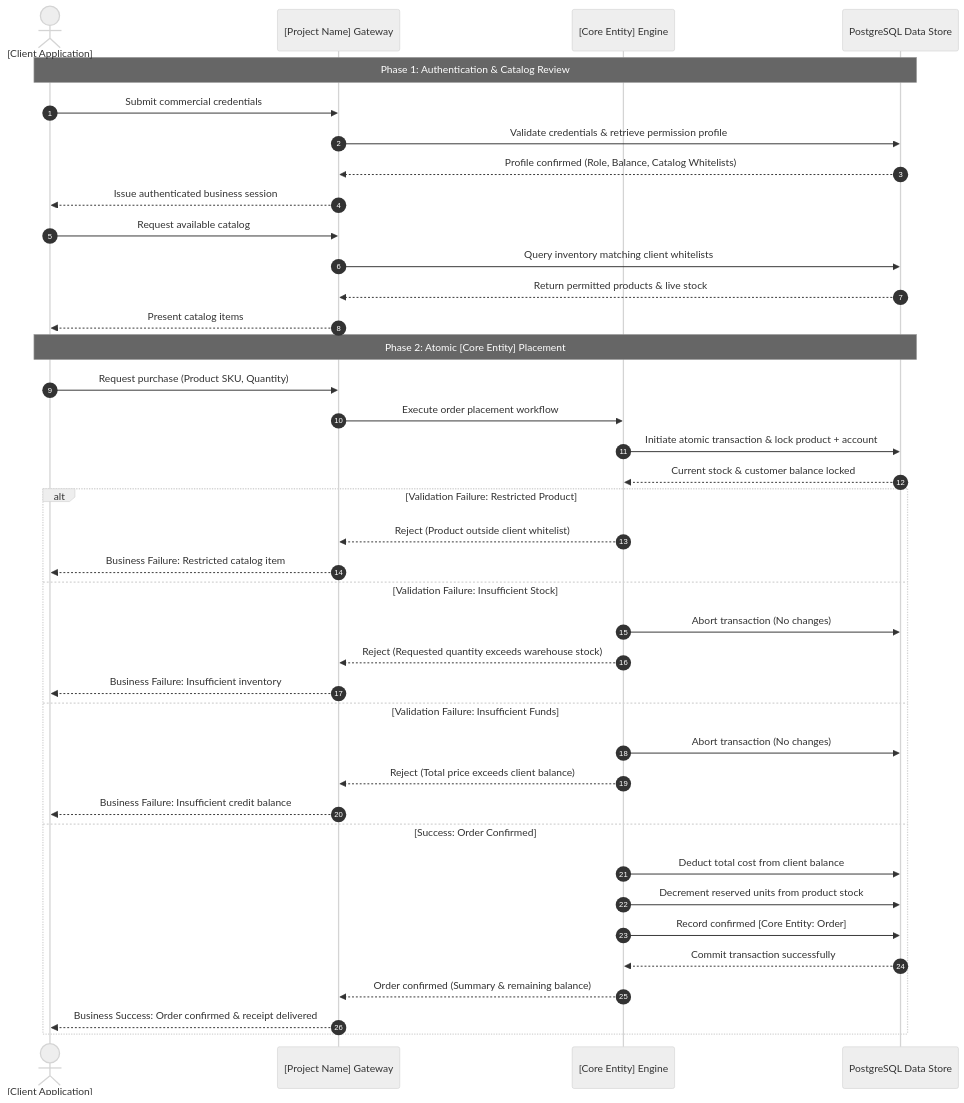
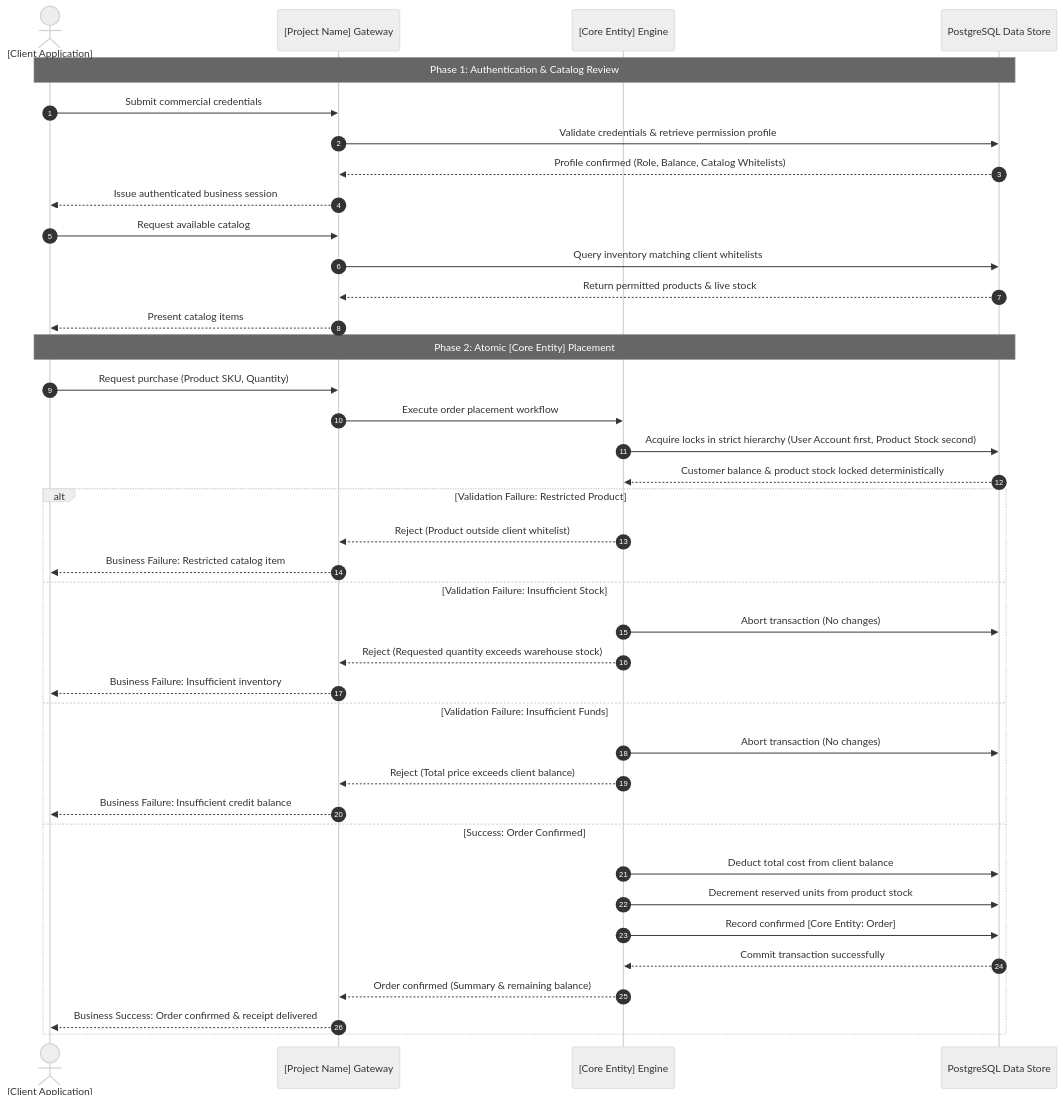
Before and after one commit to altregubov/warehouse-rest-test-app: the third of 4 diagrams in specs/CLIENT_SPEC.md, drawn with Mermaid (neutral theme). The commit also changed 2 other files, not shown here.

Commit message:
fix: enforce deterministic global lock ordering protocol to prevent transaction deadlocks
Closes #6

````diff
--- a/specs/CLIENT_SPEC.md
+++ b/specs/CLIENT_SPEC.md
@@ -163,46 +163,46 @@
 ```mermaid
 sequenceDiagram
     autonumber
     actor Client as [Client Application]
     participant Gateway as [Project Name] Gateway
     participant OrderService as [Core Entity] Engine
     participant DataStore as PostgreSQL Data Store
 
     Note over Client,DataStore: Phase 1: Authentication & Catalog Review
     Client->>Gateway: Submit commercial credentials
     Gateway->>DataStore: Validate credentials & retrieve permission profile
     DataStore-->>Gateway: Profile confirmed (Role, Balance, Catalog Whitelists)
     Gateway-->>Client: Issue authenticated business session
 
     Client->>Gateway: Request available catalog
     Gateway->>DataStore: Query inventory matching client whitelists
     DataStore-->>Gateway: Return permitted products & live stock
     Gateway-->>Client: Present catalog items
 
     Note over Client,DataStore: Phase 2: Atomic [Core Entity] Placement
     Client->>Gateway: Request purchase (Product SKU, Quantity)
     Gateway->>OrderService: Execute order placement workflow
 
-    OrderService->>DataStore: Initiate atomic transaction & lock product + account
-    DataStore-->>OrderService: Current stock & customer balance locked
+    OrderService->>DataStore: Acquire locks in strict hierarchy (User Account first, Product Stock second)
+    DataStore-->>OrderService: Customer balance & product stock locked deterministically
 
     alt Validation Failure: Restricted Product
         OrderService-->>Gateway: Reject (Product outside client whitelist)
         Gateway-->>Client: Business Failure: Restricted catalog item
     else Validation Failure: Insufficient Stock
         OrderService->>DataStore: Abort transaction (No changes)
         OrderService-->>Gateway: Reject (Requested quantity exceeds warehouse stock)
         Gateway-->>Client: Business Failure: Insufficient inventory
     else Validation Failure: Insufficient Funds
         OrderService->>DataStore: Abort transaction (No changes)
         OrderService-->>Gateway: Reject (Total price exceeds client balance)
         Gateway-->>Client: Business Failure: Insufficient credit balance
     else Success: Order Confirmed
         OrderService->>DataStore: Deduct total cost from client balance
         OrderService->>DataStore: Decrement reserved units from product stock
         OrderService->>DataStore: Record confirmed [Core Entity: Order]
         DataStore-->>OrderService: Commit transaction successfully
         OrderService-->>Gateway: Order confirmed (Summary & remaining balance)
         Gateway-->>Client: Business Success: Order confirmed & receipt delivered
     end
 ```
````
